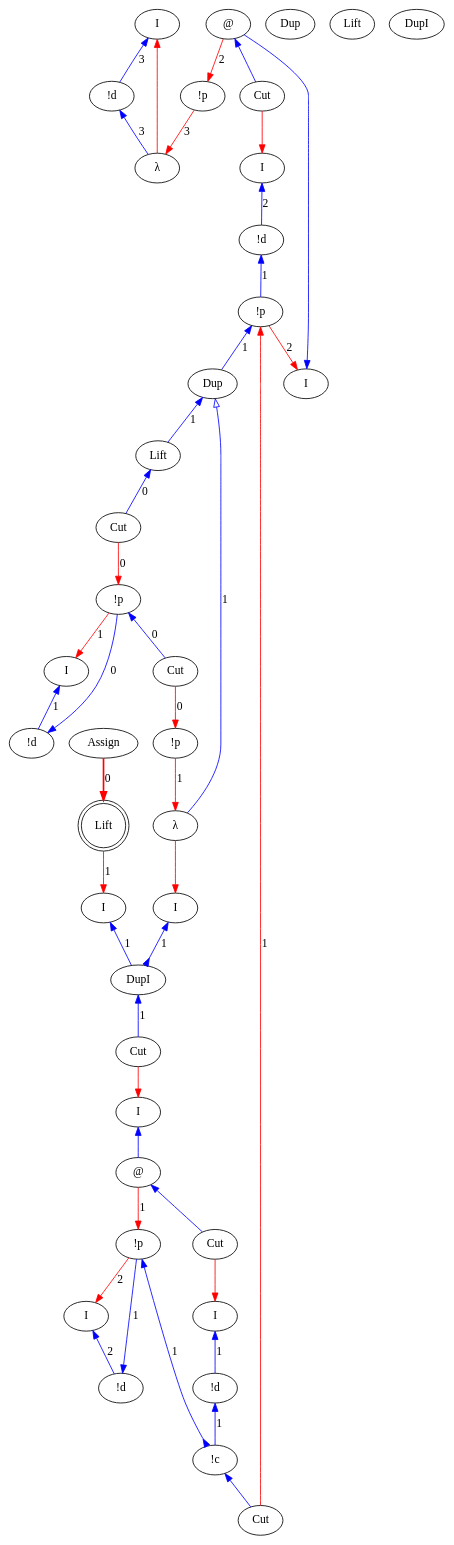
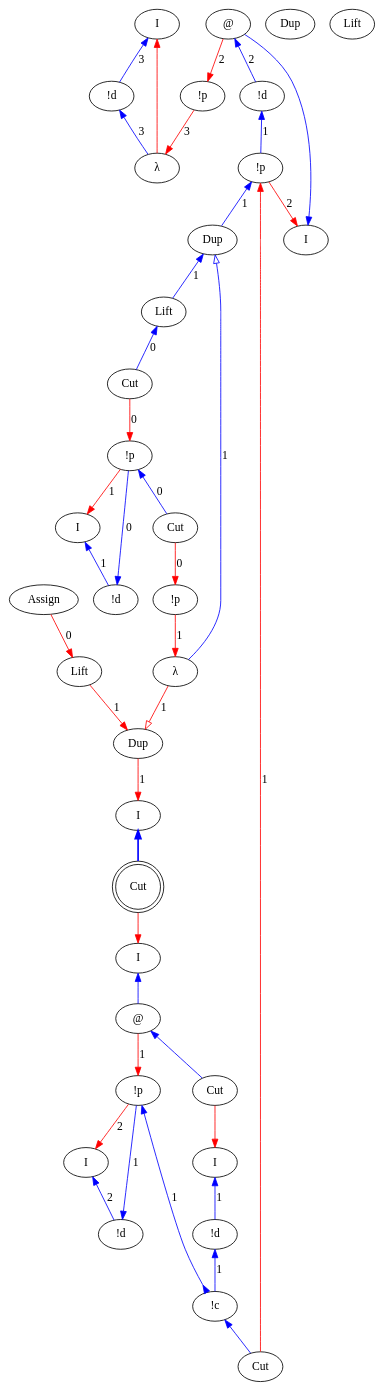
One commit to Mathnerd314/stroscot changed the diagram in src/core/graphs/example_m_13_l.dot. Above: the diagram before and after it, drawn with Graphviz. The commit also changed 37 other files, not shown here.

```diff
--- a/src/core/graphs/example_m_13_l.dot
+++ b/src/core/graphs/example_m_13_l.dot
@@ -1,82 +1,75 @@
 digraph {
 rankdir="TB"
 "I0" [label="I"]
 "!d1" [label="!d"]
 "λ2" [label="λ"]
 "!p3" [label="!p"]
 "I4" [label="I"]
 "@5" [label="@"]
-"I6" [label="I"]
-"!d7" [label="!d"]
-"Cut8" [label="Cut"]
-"!p9" [label="!p"]
-"I10" [label="I"]
-"!d11" [label="!d"]
-"!p12" [label="!p"]
-"I13" [label="I"]
-"@14" [label="@"]
-"I15" [label="I"]
-"!d16" [label="!d"]
-"Cut17" [label="Cut"]
-"!c18" [label="!c"]
-"I19" [label="I"]
-"!d20" [label="!d"]
-"!p21" [label="!p"]
-"Assign22" [label="Assign"]
-"Cut23" [label="Cut"]
-"Cut24" [label="Cut"]
-"!p25" [label="!p"]
-"Cut26" [label="Cut"]
-"λ27" [label="λ"]
+"!d6" [label="!d"]
+"!p7" [label="!p"]
+"I8" [label="I"]
+"I9" [label="I"]
+"!d10" [label="!d"]
+"!p11" [label="!p"]
+"I12" [label="I"]
+"@13" [label="@"]
+"I14" [label="I"]
+"!d15" [label="!d"]
+"Cut16" [label="Cut"]
+"!c17" [label="!c"]
+"I18" [label="I"]
+"!d19" [label="!d"]
+"!p20" [label="!p"]
+"Assign21" [label="Assign"]
+"Cut22" [label="Cut"]
+"Cut23" [label="Cut",shape=doublecircle]
+"!p24" [label="!p"]
+"Cut25" [label="Cut"]
+"λ26" [label="λ"]
+"Dup27" [label="Dup"]
 "Dup28" [label="Dup"]
 "Dup29" [label="Dup"]
 "Lift30" [label="Lift"]
 "Lift31" [label="Lift"]
-"Lift32" [label="Lift",shape=doublecircle]
+"Lift32" [label="Lift"]
 "Cut33" [label="Cut"]
-"I34" [label="I"]
-"I35" [label="I"]
-"DupI36" [label="DupI"]
-"DupI37" [label="DupI"]
-"Dup29" -> "Lift31"[color=blue,weight=1,tooltip="h101",label="1",arrowtail=normal,arrowhead=none,dir=both]
-"Dup29" -> "λ27"[color=blue,weight=1,tooltip="h105",label="1",arrowtail=onormal,arrowhead=none,dir=both]
+"Dup28" -> "Lift31"[color=blue,weight=1,tooltip="h101",label="1",arrowtail=normal,arrowhead=none,dir=both]
+"Dup28" -> "λ26"[color=blue,weight=1,tooltip="h105",label="1",arrowtail=onormal,arrowhead=none,dir=both]
 "Lift31" -> "Cut33"[color=blue,weight=1,tooltip="h109",label="0",arrowtail=normal,arrowhead=none,dir=both]
-"!p9" -> "Dup29"[color=blue,weight=1,tooltip="h34",label="1",arrowtail=normal,arrowhead=none,dir=both]
-"!d7" -> "!p9"[color=blue,weight=1,tooltip="hf65",label="1",arrowtail=normal,arrowhead=none,dir=both]
-"I6" -> "!d7"[color=blue,weight=1,tooltip="hret73",label="2",arrowtail=normal,arrowhead=none,dir=both]
+"!p7" -> "Dup28"[color=blue,weight=1,tooltip="h34",label="1",arrowtail=normal,arrowhead=none,dir=both]
+"!d6" -> "!p7"[color=blue,weight=1,tooltip="hf65",label="1",arrowtail=normal,arrowhead=none,dir=both]
 "!d1" -> "λ2"[color=blue,weight=1,tooltip="i81",label="3",arrowtail=normal,arrowhead=none,dir=both]
 "I0" -> "!d1"[color=blue,weight=1,tooltip="iret84",label="3",arrowtail=normal,arrowhead=none,dir=both]
-"I34" -> "DupI37"[color=blue,weight=1,tooltip="lret114",label="1",arrowtail=normal,arrowhead=none,dir=both]
-"I35" -> "DupI37"[color=blue,weight=1,tooltip="lret116",label="1",arrowtail=normal,arrowhead=inv,dir=both]
-"I13" -> "@14"[color=blue,weight=1,tooltip="lret53",arrowtail=normal,arrowhead=none,dir=both]
-"DupI37" -> "Cut24"[color=blue,weight=1,tooltip="lret62",label="1",arrowtail=normal,arrowhead=none,dir=both]
+"I12" -> "@13"[color=blue,weight=1,tooltip="lret53",arrowtail=normal,arrowhead=none,dir=both]
+"I8" -> "Cut23"[color=blue,weight=1,tooltip="lret62",arrowtail=normal,arrowhead=none,penwidth=2,dir=both]
 "I4" -> "@5"[color=blue,weight=1,tooltip="lret75",arrowtail=normal,arrowhead=none,dir=both]
-"@14" -> "Cut17"[color=blue,weight=1,tooltip="lval48",arrowtail=normal,arrowhead=none,dir=both]
-"@5" -> "Cut8"[color=blue,weight=1,tooltip="lval70",arrowtail=normal,arrowhead=none,dir=both]
-"Cut33" -> "!p21"[color=red,weight=2,tooltip="newrret18",label="0",arrowhead=normal,arrowtail=none,dir=both]
-"@14" -> "!p12"[color=red,weight=2,tooltip="newrret52",label="1",arrowhead=normal,arrowtail=none,dir=both]
-"Cut23" -> "!p9"[color=red,weight=2,tooltip="newrret61",label="1",arrowhead=normal,arrowtail=none,dir=both]
+"@13" -> "Cut16"[color=blue,weight=1,tooltip="lval48",arrowtail=normal,arrowhead=none,dir=both]
+"@5" -> "!d6"[color=blue,weight=1,tooltip="lval70",label="2",arrowtail=normal,arrowhead=none,dir=both]
+"Cut33" -> "!p20"[color=red,weight=2,tooltip="newrret18",label="0",arrowhead=normal,arrowtail=none,dir=both]
+"@13" -> "!p11"[color=red,weight=2,tooltip="newrret52",label="1",arrowhead=normal,arrowtail=none,dir=both]
+"Cut22" -> "!p7"[color=red,weight=2,tooltip="newrret61",label="1",arrowhead=normal,arrowtail=none,dir=both]
 "@5" -> "!p3"[color=red,weight=2,tooltip="newrret74",label="2",arrowhead=normal,arrowtail=none,dir=both]
-"Cut26" -> "!p25"[color=red,weight=2,tooltip="newrret94",label="0",arrowhead=normal,arrowtail=none,dir=both]
-"!p21" -> "I19"[color=red,weight=2,tooltip="newrretf23",label="1",arrowhead=normal,arrowtail=none,dir=both]
-"!p12" -> "I10"[color=red,weight=2,tooltip="newrretf57",label="2",arrowhead=normal,arrowtail=none,dir=both]
-"!p9" -> "I4"[color=red,weight=2,tooltip="newrretf66",label="2",arrowhead=normal,arrowtail=none,dir=both]
+"Cut25" -> "!p24"[color=red,weight=2,tooltip="newrret94",label="0",arrowhead=normal,arrowtail=none,dir=both]
+"!p20" -> "I18"[color=red,weight=2,tooltip="newrretf23",label="1",arrowhead=normal,arrowtail=none,dir=both]
+"!p11" -> "I9"[color=red,weight=2,tooltip="newrretf57",label="2",arrowhead=normal,arrowtail=none,dir=both]
+"!p7" -> "I4"[color=red,weight=2,tooltip="newrretf66",label="2",arrowhead=normal,arrowtail=none,dir=both]
 "!p3" -> "λ2"[color=red,weight=2,tooltip="newrretf78",label="3",arrowhead=normal,arrowtail=none,dir=both]
-"!p25" -> "λ27"[color=red,weight=2,tooltip="newrretf92",label="1",arrowhead=normal,arrowtail=none,dir=both]
-"Lift32" -> "I34"[color=red,weight=2,tooltip="ret102",label="1",arrowhead=normal,arrowtail=none,dir=both]
-"λ27" -> "I35"[color=red,weight=2,tooltip="ret106",arrowhead=normal,arrowtail=none,dir=both]
-"Assign22" -> "Lift32"[color=red,weight=2,tooltip="ret110",label="0",arrowhead=normal,arrowtail=none,penwidth=2,dir=both]
-"Cut24" -> "I13"[color=red,weight=2,tooltip="ret42",arrowhead=normal,arrowtail=none,dir=both]
+"!p24" -> "λ26"[color=red,weight=2,tooltip="newrretf92",label="1",arrowhead=normal,arrowtail=none,dir=both]
+"Lift32" -> "Dup29"[color=red,weight=2,tooltip="ret102",label="1",arrowhead=normal,arrowtail=none,dir=both]
+"λ26" -> "Dup29"[color=red,weight=2,tooltip="ret106",label="1",arrowhead=onormal,arrowtail=none,dir=both]
+"Assign21" -> "Lift32"[color=red,weight=2,tooltip="ret110",label="0",arrowhead=normal,arrowtail=none,dir=both]
+"Dup29" -> "I8"[color=red,weight=2,tooltip="ret35",label="1",arrowhead=normal,arrowtail=none,dir=both]
+"Cut23" -> "I12"[color=red,weight=2,tooltip="ret42",arrowhead=normal,arrowtail=none,dir=both]
 "λ2" -> "I0"[color=red,weight=2,tooltip="ret82",arrowhead=normal,arrowtail=none,dir=both]
-"Cut17" -> "I15"[color=red,weight=2,tooltip="rval49",arrowhead=normal,arrowtail=none,dir=both]
-"Cut8" -> "I6"[color=red,weight=2,tooltip="rval71",arrowhead=normal,arrowtail=none,dir=both]
-"!p21" -> "Cut26"[color=blue,weight=1,tooltip="xB10",label="0",arrowtail=normal,arrowhead=none,dir=both]
-"!d20" -> "!p21"[color=blue,weight=1,tooltip="xBf22",label="0",arrowtail=normal,arrowhead=none,dir=both]
-"I19" -> "!d20"[color=blue,weight=1,tooltip="xret26",label="1",arrowtail=normal,arrowhead=none,dir=both]
-"!c18" -> "Cut23"[color=blue,weight=1,tooltip="y41",arrowtail=normal,arrowhead=none,dir=both]
-"!d16" -> "!c18"[color=blue,weight=1,tooltip="yA43",label="1",arrowtail=normal,arrowhead=none,dir=both]
-"!p12" -> "!c18"[color=blue,weight=1,tooltip="yB44",label="1",arrowtail=normal,arrowhead=inv,dir=both]
-"!d11" -> "!p12"[color=blue,weight=1,tooltip="yBf56",label="1",arrowtail=normal,arrowhead=none,dir=both]
-"I15" -> "!d16"[color=blue,weight=1,tooltip="yret51",label="1",arrowtail=normal,arrowhead=none,dir=both]
-"I10" -> "!d11"[color=blue,weight=1,tooltip="yret60",label="2",arrowtail=normal,arrowhead=none,dir=both]
+"Cut16" -> "I14"[color=red,weight=2,tooltip="rval49",arrowhead=normal,arrowtail=none,dir=both]
+"!p20" -> "Cut25"[color=blue,weight=1,tooltip="xB10",label="0",arrowtail=normal,arrowhead=none,dir=both]
+"!d19" -> "!p20"[color=blue,weight=1,tooltip="xBf22",label="0",arrowtail=normal,arrowhead=none,dir=both]
+"I18" -> "!d19"[color=blue,weight=1,tooltip="xret26",label="1",arrowtail=normal,arrowhead=none,dir=both]
+"!c17" -> "Cut22"[color=blue,weight=1,tooltip="y41",arrowtail=normal,arrowhead=none,dir=both]
+"!d15" -> "!c17"[color=blue,weight=1,tooltip="yA43",label="1",arrowtail=normal,arrowhead=none,dir=both]
+"!p11" -> "!c17"[color=blue,weight=1,tooltip="yB44",label="1",arrowtail=normal,arrowhead=inv,dir=both]
+"!d10" -> "!p11"[color=blue,weight=1,tooltip="yBf56",label="1",arrowtail=normal,arrowhead=none,dir=both]
+"I14" -> "!d15"[color=blue,weight=1,tooltip="yret51",label="1",arrowtail=normal,arrowhead=none,dir=both]
+"I9" -> "!d10"[color=blue,weight=1,tooltip="yret60",label="2",arrowtail=normal,arrowhead=none,dir=both]
 }
```
